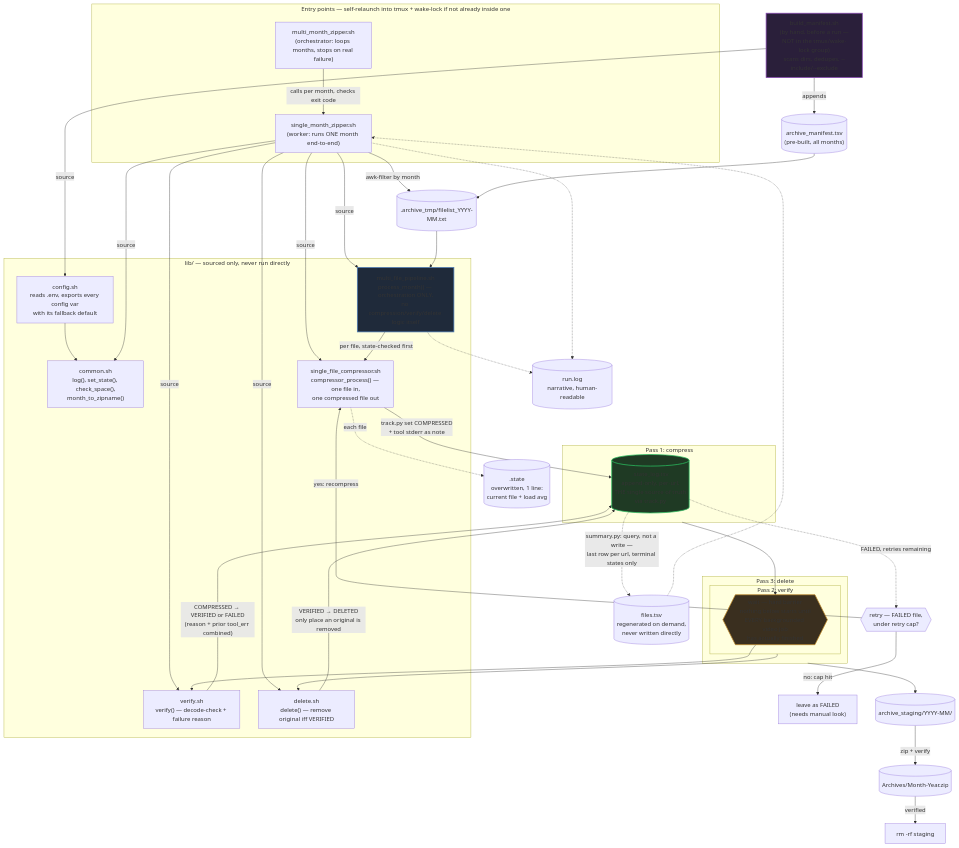
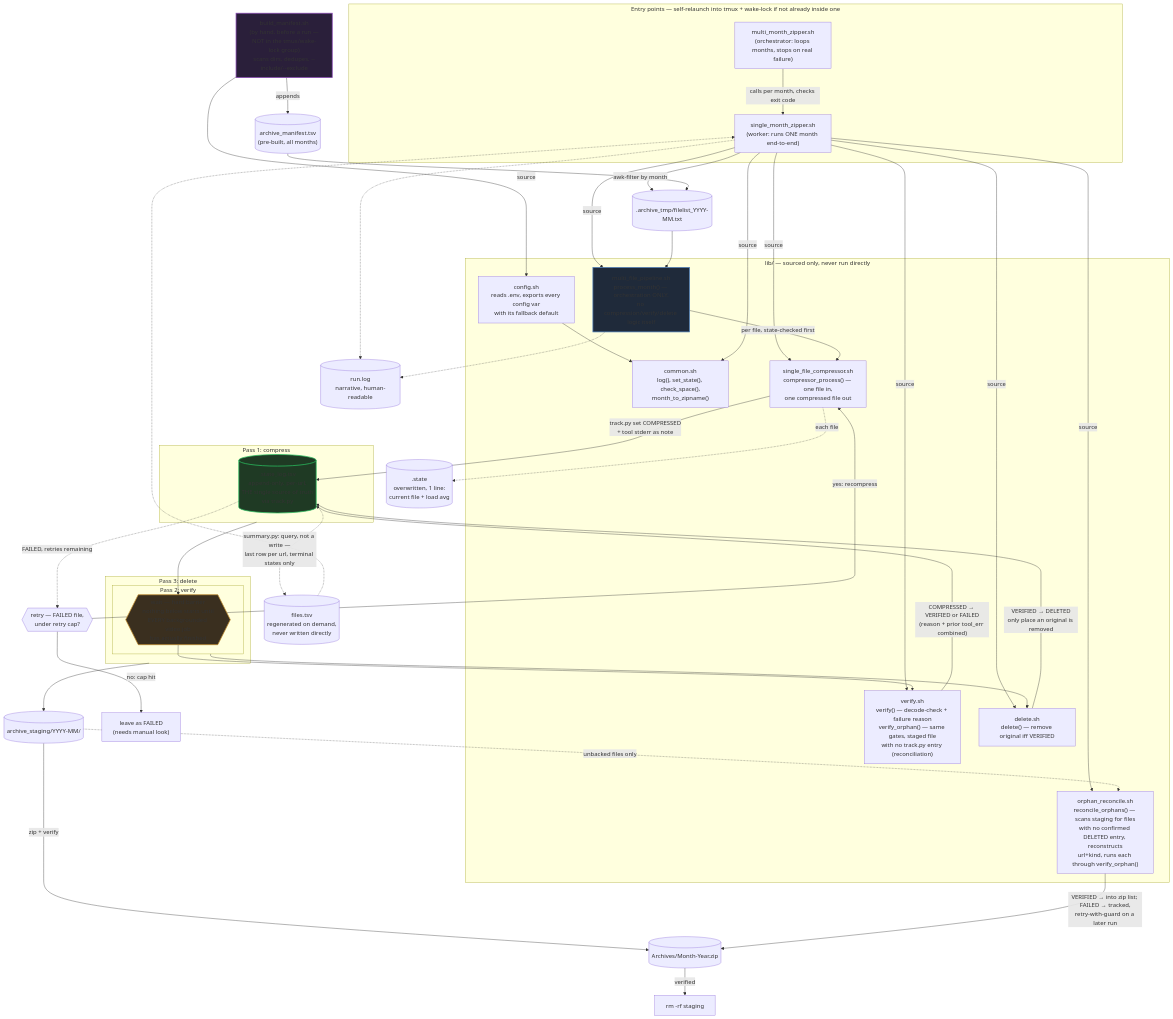
Before and after one commit to okureanthonytonny-commits/archive_scripts: the diagram in docs/archive-architecture.mermaid, drawn with Mermaid. The commit also changed 3 other files, not shown here.

Commit message:
docs: architecture references for lib/orphan_reconcile.sh

```diff
--- a/docs/archive-architecture.mermaid
+++ b/docs/archive-architecture.mermaid
@@ -1,74 +1,78 @@
 flowchart TD
     subgraph Entry["Entry points — self-relaunch into tmux + wake-lock if not already inside one"]
         MultiMonth["multi_month_zipper.sh\n(orchestrator: loops months, stops on real failure)"]
         SingleMonth["single_month_zipper.sh\n(worker: runs ONE month end-to-end)"]
     end
 
     MultiMonth -->|"calls per month, checks exit code"| SingleMonth
 
     subgraph Libs["lib/ — sourced only, never run directly"]
         Config["config.sh\nreads .env, exports every config var\nwith its fallback default"]
         Common["common.sh\nlog(), set_state(), check_space(),\nmonth_to_zipname()"]
         Pipeline["multi_file_pipeline.sh\nprocess_month() — orchestration ONLY,\nno compression/verify/delete logic itself"]
         Compressor["single_file_compressor.sh\ncompressor_process() — one file in,\none compressed file out"]
-        Verify["verify.sh\nverify() — decode-check + failure reason"]
+        Verify["verify.sh\nverify() — decode-check + failure reason\nverify_orphan() — same gates, staged file\nwith no track.py entry (reconciliation)"]
         Delete["delete.sh\ndelete() — remove original iff VERIFIED"]
+        OrphanReconcile["orphan_reconcile.sh\nreconcile_orphans() — scans staging for files\nwith no confirmed DELETED entry, reconstructs\nurl+kind, runs each through verify_orphan()"]
     end
 
     Config --> Common
 
     SingleMonth -->|source| Common
     SingleMonth -->|source| Compressor
     SingleMonth -->|source| Verify
     SingleMonth -->|source| Delete
     SingleMonth -->|source| Pipeline
+    SingleMonth -->|source| OrphanReconcile
 
     BuildManifest["build_manifest.sh\n(by hand, before a run —\nNOT in the tmux/wake-lock group)\nscans dirs, dedupes, --include/--exclude"]
     BuildManifest -->|source| Config
     BuildManifest -->|appends| Manifest
 
     Manifest[("archive_manifest.tsv\n(pre-built, all months)")]
     SingleMonth -->|"awk-filter by month"| FileList[(".archive_tmp/filelist_YYYY-MM.txt")]
     Manifest --> FileList
     FileList --> Pipeline
 
     subgraph Pass1["Pass 1: compress"]
         Pipeline -->|"per file, state-checked first"| Compressor
         Compressor -->|"track.py set COMPRESSED\n+ tool stderr as note"| StateLog
     end
 
     Barrier{{"wait — hard barrier\nnothing below starts until\nEVERY backgrounded video job\nhas actually finished"}}
     Pass1 --> Barrier
 
     subgraph Pass2["Pass 2: verify"]
         Barrier --> Verify
         Verify -->|"COMPRESSED → VERIFIED or FAILED\n(reason + prior tool_err combined)"| StateLog
     end
 
     Retry{{"retry — FAILED file,\nunder retry cap?"}}
     StateLog -.->|"FAILED, retries remaining"| Retry
     Retry -->|"yes: recompress"| Compressor
     Retry -->|"no: cap hit"| GiveUp["leave as FAILED\n(needs manual look)"]
 
     subgraph Pass3["Pass 3: delete"]
         Pass2 --> Delete
         Delete -->|"VERIFIED → DELETED\nonly place an original is removed"| StateLog
     end
 
     StateLog[(".state_log.tsv\nappend-only, per-url,\nTHE single source of truth\nvia track.py")]
 
     Pass3 --> Staging[("archive_staging/YYYY-MM/")]
     Staging -->|"zip + verify"| Zip[("Archives/Month-Year.zip")]
+    Staging -.->|"unbacked files only"| OrphanReconcile
+    OrphanReconcile -->|"VERIFIED → into zip list; FAILED → tracked,\nretry-with-guard on a later run"| Zip
     Zip -->|"verified"| ClearStage["rm -rf staging"]
 
     StateLog -.->|"summary.py: query, not a write —\nlast row per url, terminal states only"| FileLog[("files.tsv\nregenerated on demand,\nnever written directly")]
     FileLog -.-> SingleMonth
 
     Compressor -.->|"each file"| StateFile[(".state\noverwritten, 1 line:\ncurrent file + load avg")]
     SingleMonth -.-> RunLog[("run.log\nnarrative, human-readable")]
     Pipeline -.-> RunLog
 
     style Pipeline fill:#1f2a3a,stroke:#4a7ab5,stroke-width:2px
     style Barrier fill:#3a2f1f,stroke:#c08a2b,stroke-width:2px
     style StateLog fill:#1f3a24,stroke:#2bc060,stroke-width:2px
     style BuildManifest fill:#2a1f3a,stroke:#8a4ab5,stroke-width:2px
```
